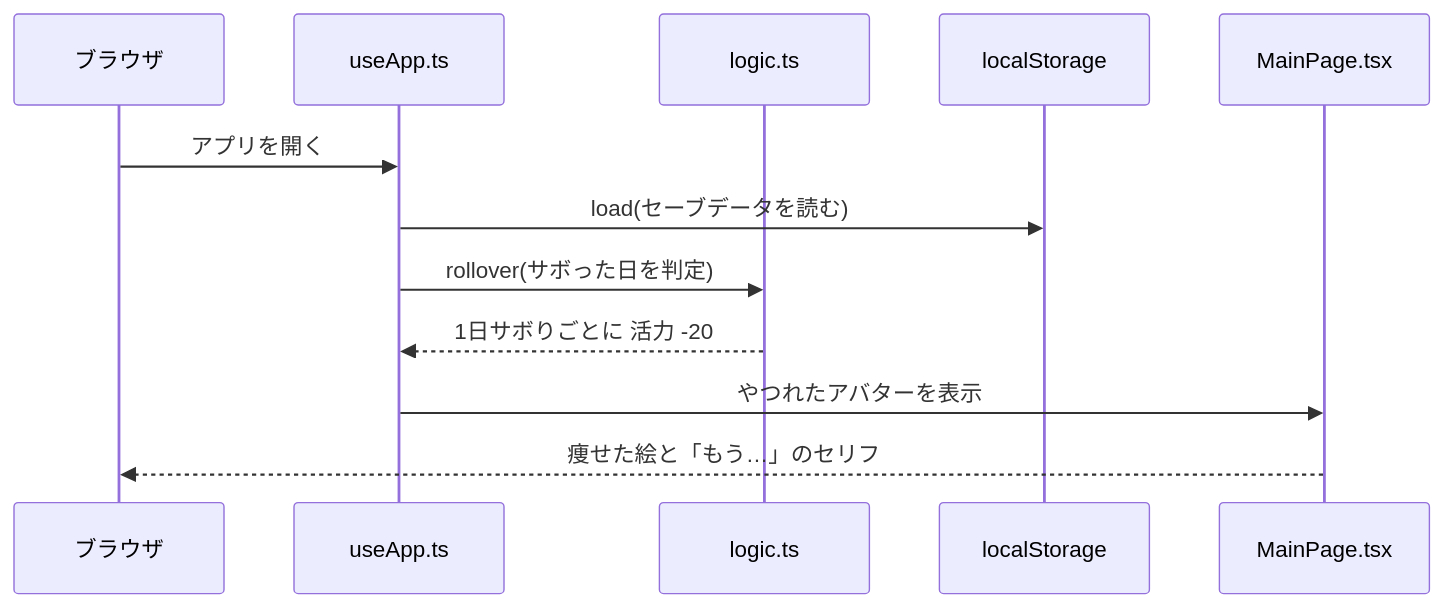
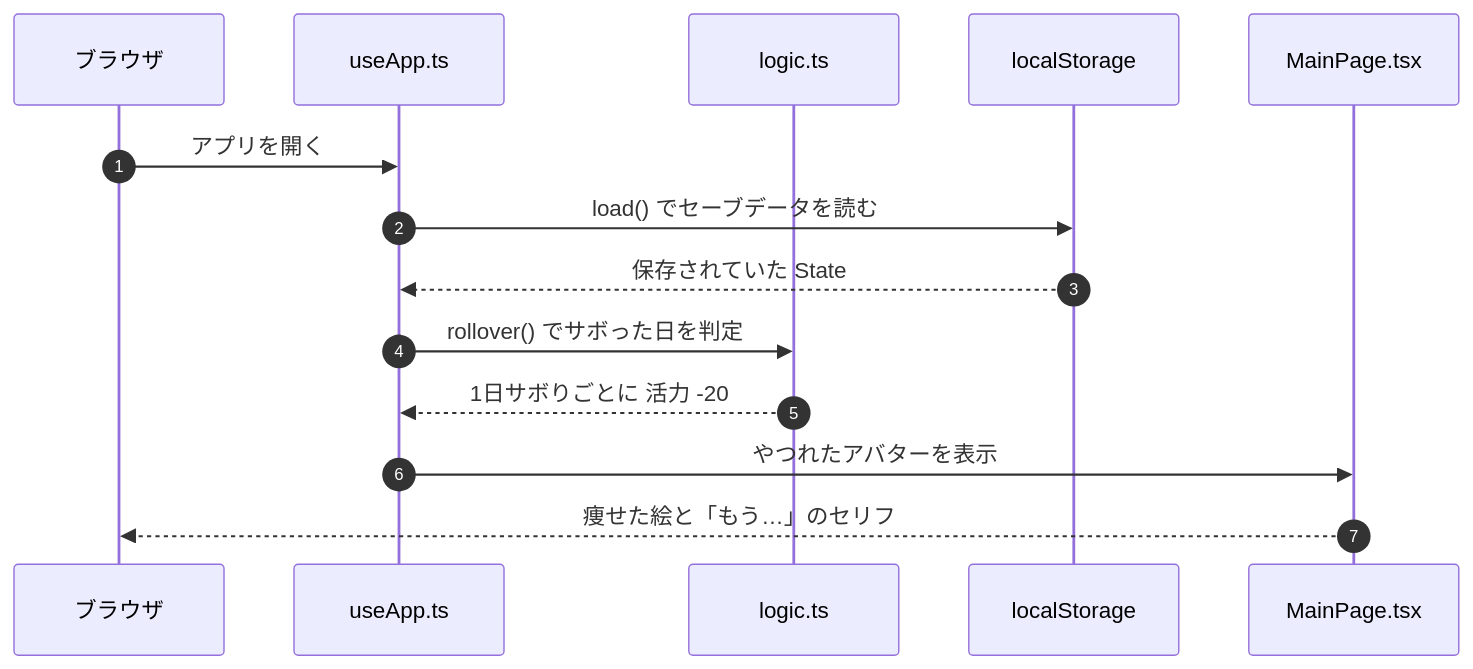
Before and after one commit to kuramochi703/keep-motivation-app: the fifth of 5 diagrams in ARCHITECTURE.md, drawn with Mermaid. The commit also changed other lines of this file and 1 other file, not shown here.

````diff
--- a/ARCHITECTURE.md
+++ b/ARCHITECTURE.md
@@ -83,15 +177,17 @@
 ```mermaid
 sequenceDiagram
-  participant B as ブラウザ
-  participant R as useApp.ts
-  participant L as logic.ts
-  participant S as localStorage
-  participant M as MainPage.tsx
+    autonumber
+    participant B as ブラウザ
+    participant R as useApp.ts
+    participant L as logic.ts
+    participant S as localStorage
+    participant M as MainPage.tsx
 
-  B->>R: アプリを開く
-  R->>S: load(セーブデータを読む)
-  R->>L: rollover(サボった日を判定)
-  L-->>R: 1日サボりごとに 活力 -20
-  R->>M: やつれたアバターを表示
-  M-->>B: 痩せた絵と「もう…」のセリフ
+    B->>R: アプリを開く
+    R->>S: load() でセーブデータを読む
+    S-->>R: 保存されていた State
+    R->>L: rollover() でサボった日を判定
+    L-->>R: 1日サボりごとに 活力 -20
+    R->>M: やつれたアバターを表示
+    M-->>B: 痩せた絵と「もう…」のセリフ
 ```
````
